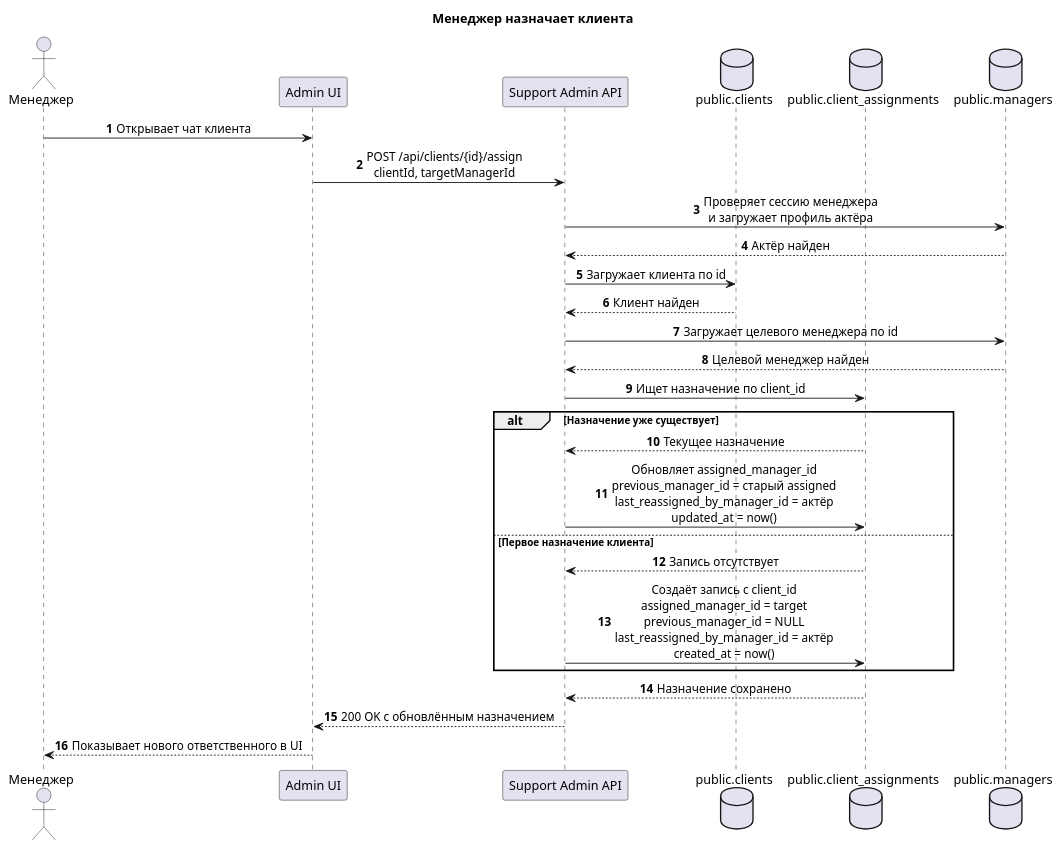
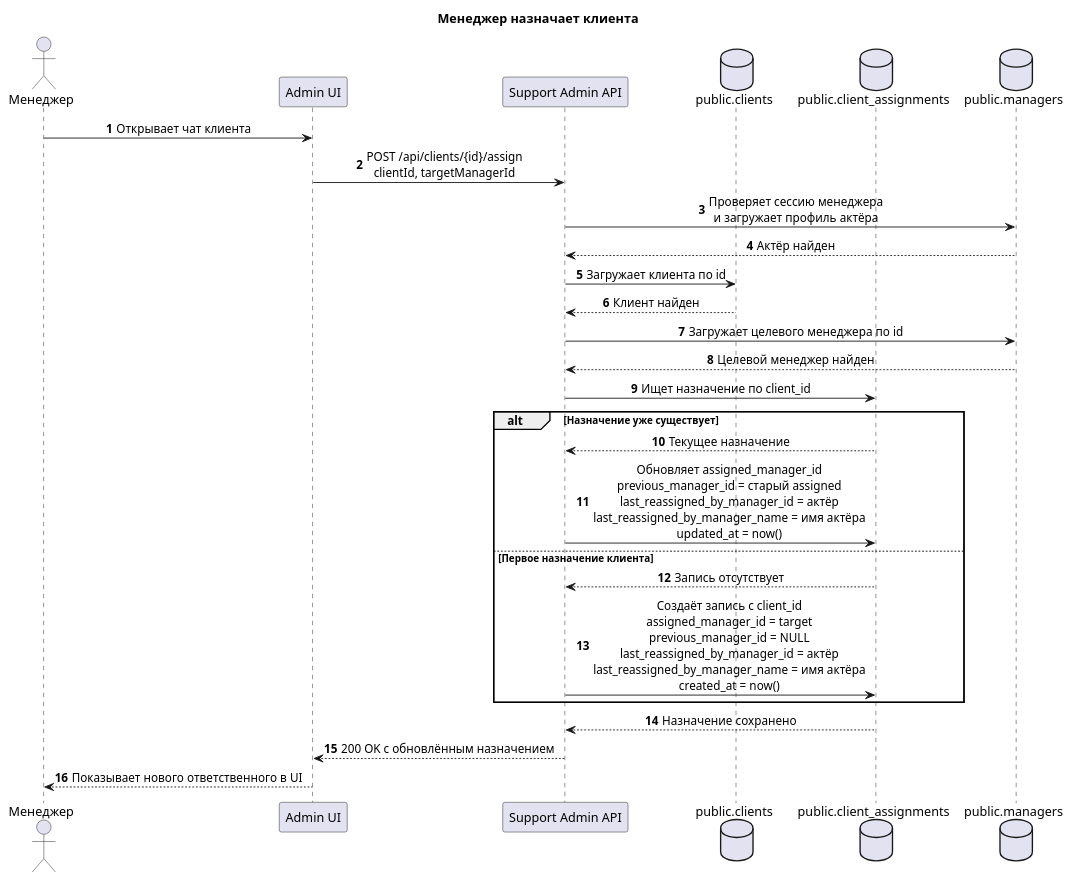
One commit to Ilja-Prihach/Full_Stack_Bot.- changed the diagram in docs/sequence/01-manager-assigns-client.puml. Above: the diagram before and after it, drawn with PlantUML. The commit also changed 2 other files, not shown here.

Commit message:
add manager email and assignment actor name migration

```diff
--- a/docs/sequence/01-manager-assigns-client.puml
+++ b/docs/sequence/01-manager-assigns-client.puml
@@ -1,38 +1,38 @@
 @startuml
 title Менеджер назначает клиента
 
 autonumber
 skinparam shadowing false
 skinparam sequenceMessageAlign center
 skinparam responseMessageBelowArrow true
 
 actor "Менеджер" as manager
 participant "Admin UI" as ui
 participant "Support Admin API" as api
 database "public.clients" as clients
 database "public.client_assignments" as assignments
 database "public.managers" as managers
 
 manager -> ui : Открывает чат клиента
 ui -> api : POST /api/clients/{id}/assign\nclientId, targetManagerId
 api -> managers : Проверяет сессию менеджера\nи загружает профиль актёра
 managers --> api : Актёр найден
 api -> clients : Загружает клиента по id
 clients --> api : Клиент найден
 api -> managers : Загружает целевого менеджера по id
 managers --> api : Целевой менеджер найден
 api -> assignments : Ищет назначение по client_id
 
 alt Назначение уже существует
   assignments --> api : Текущее назначение
-  api -> assignments : Обновляет assigned_manager_id\nprevious_manager_id = старый assigned\nlast_reassigned_by_manager_id = актёр\nupdated_at = now()
+  api -> assignments : Обновляет assigned_manager_id\nprevious_manager_id = старый assigned\nlast_reassigned_by_manager_id = актёр\nlast_reassigned_by_manager_name = имя актёра\nupdated_at = now()
 else Первое назначение клиента
   assignments --> api : Запись отсутствует
-  api -> assignments : Создаёт запись с client_id\nassigned_manager_id = target\nprevious_manager_id = NULL\nlast_reassigned_by_manager_id = актёр\ncreated_at = now()
+  api -> assignments : Создаёт запись с client_id\nassigned_manager_id = target\nprevious_manager_id = NULL\nlast_reassigned_by_manager_id = актёр\nlast_reassigned_by_manager_name = имя актёра\ncreated_at = now()
 end
 
 assignments --> api : Назначение сохранено
 api --> ui : 200 OK с обновлённым назначением
 ui --> manager : Показывает нового ответственного в UI
 
 @enduml
```
